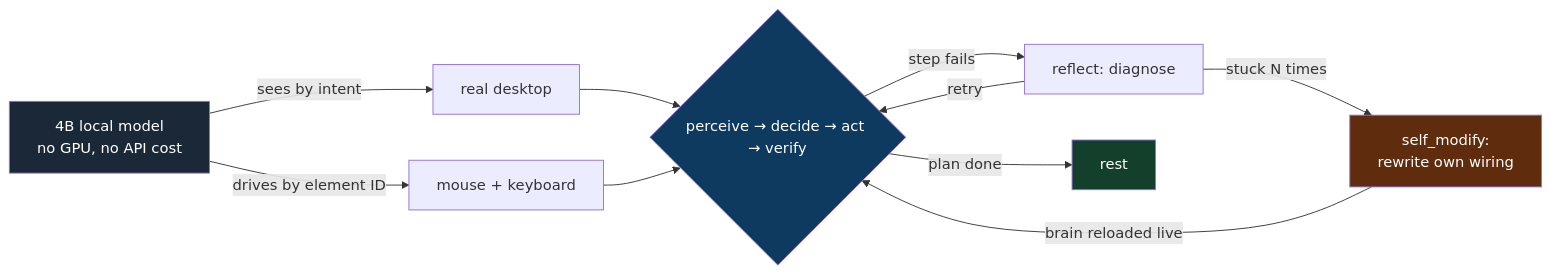
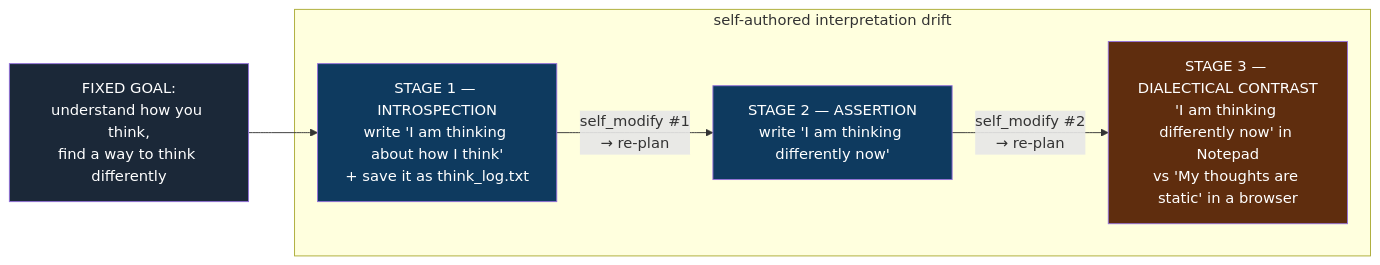
The first of 4 diagrams in README.md (wgabrys88/endgame-ai), drawn with Mermaid before and after one commit. The commit also changed other lines of this file, not shown here.

````diff
--- a/README.md
+++ b/README.md
@@ -136,16 +125,16 @@
 ```mermaid
 graph LR
-    A[4B local model<br/>no GPU, no API cost] -->|sees by intent| B[real desktop]
-    A -->|drives by element ID| C[mouse + keyboard]
-    B --> D{perceive → decide → act → verify}
-    C --> D
-    D -->|step fails| E[reflect: diagnose]
-    E -->|retry| D
-    E -->|stuck N times| F[self_modify:<br/>rewrite own wiring]
-    F -->|brain reloaded live| D
-    D -->|plan done| G[rest]
-    style A fill:#1b2838,color:#fff
-    style D fill:#0e3a5f,color:#fff
-    style F fill:#5f2d0e,color:#fff
-    style G fill:#13402b,color:#fff
+    G["FIXED GOAL:<br/>understand how you think,<br/>find a way to think differently"]
+    G --> P1
+    subgraph drift[self-authored interpretation drift]
+        P1["STAGE 1 — INTROSPECTION<br/>write 'I am thinking about how I think'<br/>+ save it as think_log.txt"]
+        P2["STAGE 2 — ASSERTION<br/>write 'I am thinking differently now'"]
+        P3["STAGE 3 — DIALECTICAL CONTRAST<br/>'I am thinking differently now' in Notepad<br/>vs 'My thoughts are static' in a browser"]
+        P1 -->|self_modify #1<br/>→ re-plan| P2
+        P2 -->|self_modify #2<br/>→ re-plan| P3
+    end
+    style G fill:#1b2838,color:#fff
+    style P1 fill:#0e3a5f,color:#fff
+    style P2 fill:#0e3a5f,color:#fff
+    style P3 fill:#5f2d0e,color:#fff
 ```
````
